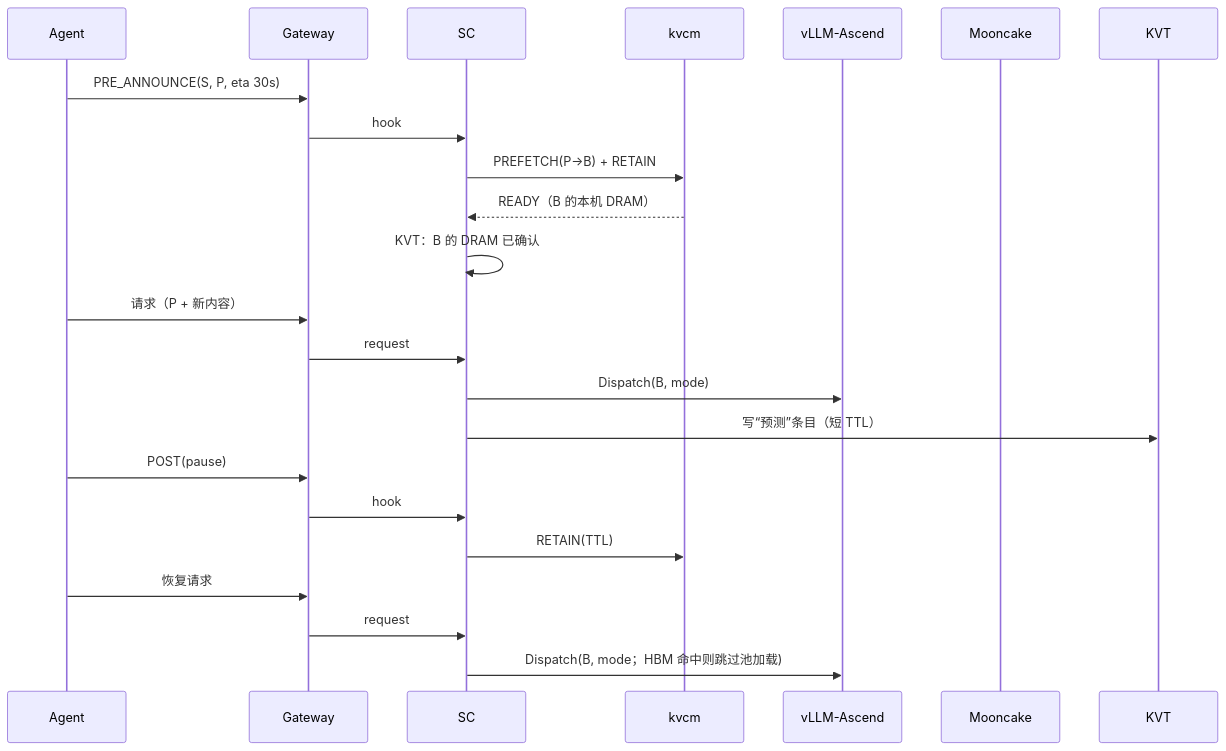
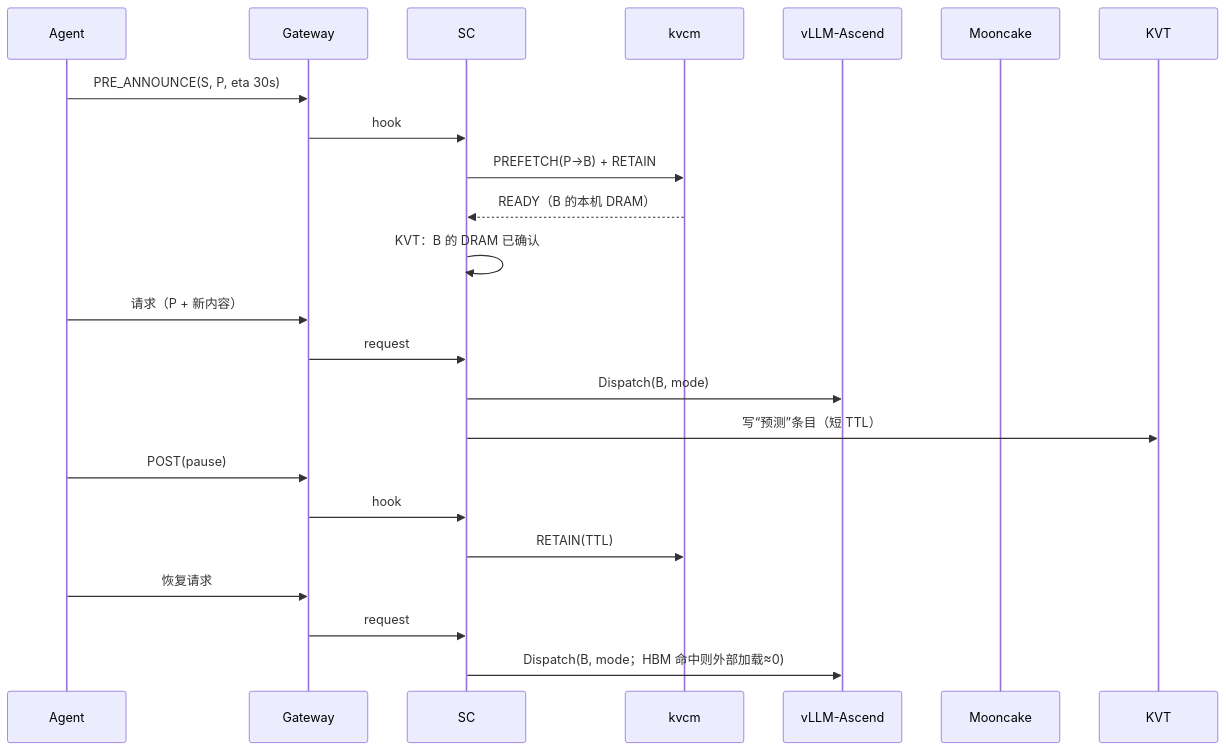
Before and after one commit to 5x8-40/lake: the ninth of 9 diagrams in kvcm/design/D8b-scheduling-sequences.md, drawn with Mermaid. The commit also changed other lines of this file and 2 other files, not shown here.

First line of the commit message:
docs(kvcm): 修正 turnkey/三段公式/layerwise 残差/HBM 命中口径

````diff
--- a/kvcm/design/D8b-scheduling-sequences.md
+++ b/kvcm/design/D8b-scheduling-sequences.md
@@ -242,28 +242,28 @@
 ```mermaid
 sequenceDiagram
     participant A as Agent
     participant G as Gateway
     participant R as SC
     participant K as kvcm
     participant W as vLLM-Ascend
     participant M as Mooncake
 
     A->>G: PRE_ANNOUNCE(S, P, eta 30s)
     G->>R: hook
     R->>K: PREFETCH(P→B) + RETAIN
     K-->>R: READY（B 的本机 DRAM）
     R->>R: KVT：B 的 DRAM 已确认
 
     A->>G: 请求（P + 新内容）
     G->>R: request
     R->>W: Dispatch(B, mode)
     R->>KVT: 写“预测”条目（短 TTL）
 
     A->>G: POST(pause)
     G->>R: hook
     R->>K: RETAIN(TTL)
 
     A->>G: 恢复请求
     G->>R: request
-    R->>W: Dispatch(B, mode；HBM 命中则跳过池加载)
+    R->>W: Dispatch(B, mode；HBM 命中则外部加载≈0)
 ```
````
